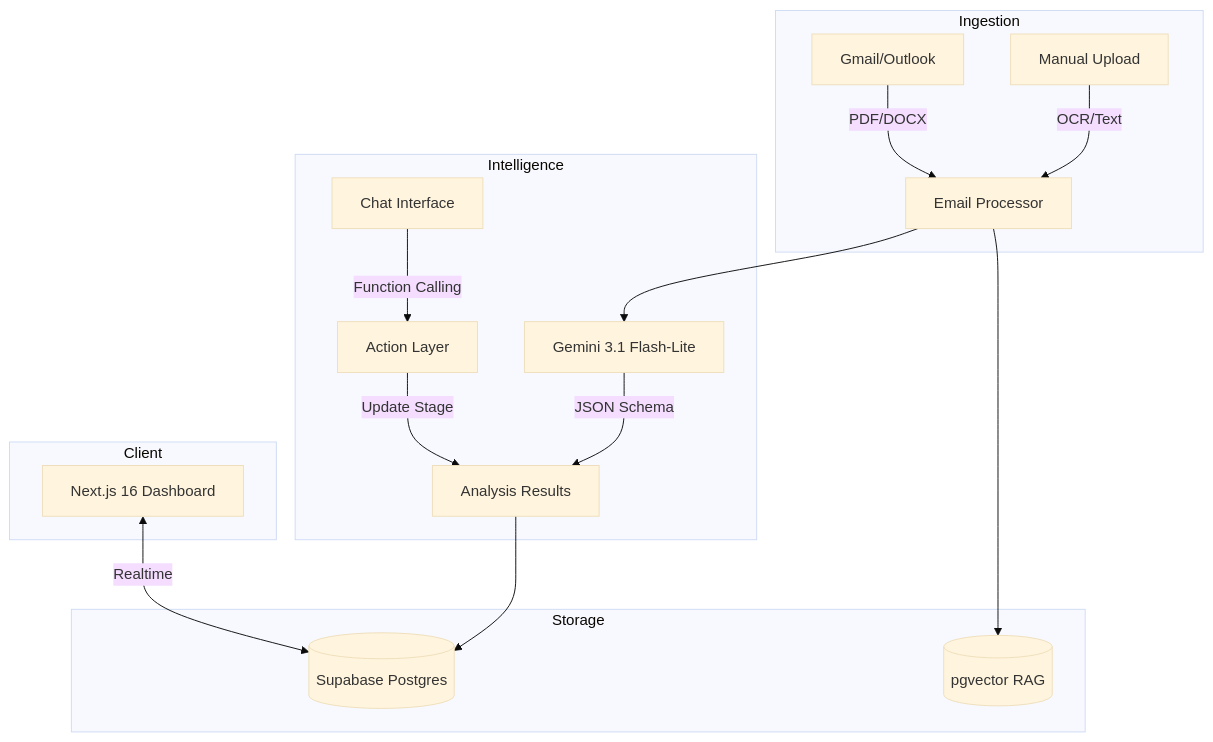
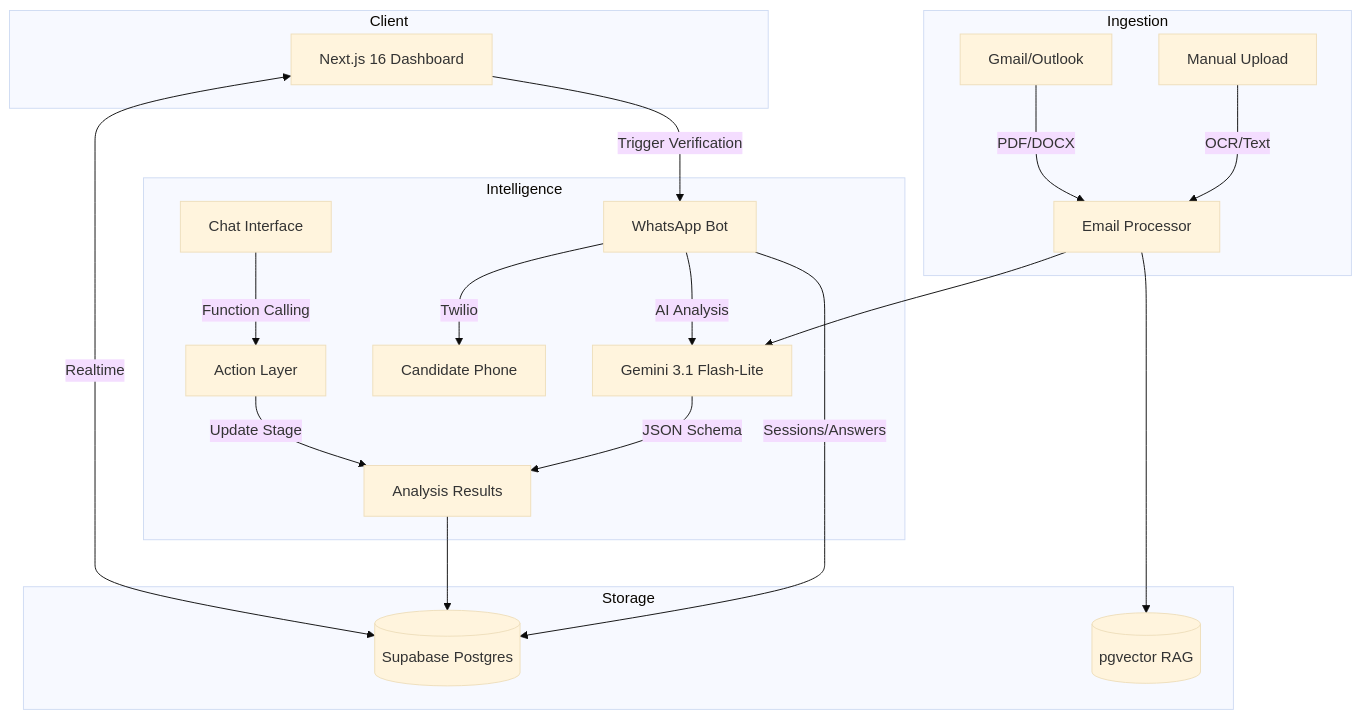
One commit to malgaroshy-maker/Sila-Ai changed the diagram in ROADMAP.md. Above: the diagram before and after it, drawn with Mermaid (base theme). The commit also changed other lines of this file and 21 other files, not shown here.

Commit message:
feat: add WhatsApp CV verification bot with Twilio integration, Gemini AI question generation, Libyan Arabic dialect support, and anti-cheat analysis

````diff
--- a/ROADMAP.md
+++ b/ROADMAP.md
@@ -73,23 +74,27 @@
 ```mermaid
 graph TD
     subgraph Ingestion
         A[Gmail/Outlook] -->|PDF/DOCX| B[Email Processor]
         C[Manual Upload] -->|OCR/Text| B
     end
 
     subgraph Intelligence
         B --> D[Gemini 3.1 Flash-Lite]
         D -->|JSON Schema| E[Analysis Results]
         F[Chat Interface] -->|Function Calling| G[Action Layer]
         G -->|Update Stage| E
+        K[WhatsApp Bot] -->|Twilio| L[Candidate Phone]
+        K -->|AI Analysis| D
     end
 
     subgraph Storage
         E --> H[(Supabase Postgres)]
         B --> I[(pgvector RAG)]
+        K -->|Sessions/Answers| H
     end
 
     subgraph Client
         J[Next.js 16 Dashboard] <-->|Realtime| H
+        J -->|Trigger Verification| K
     end
 ```
````
